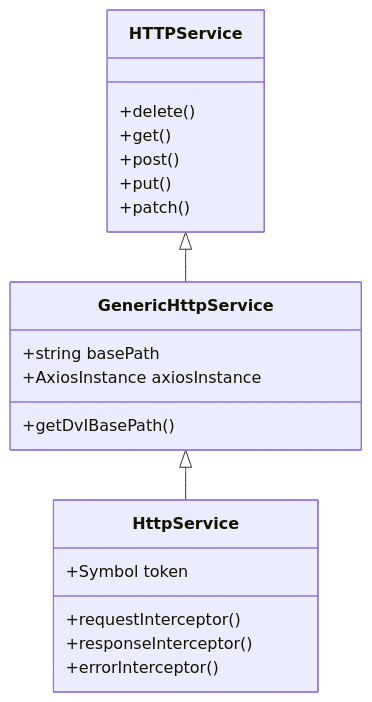
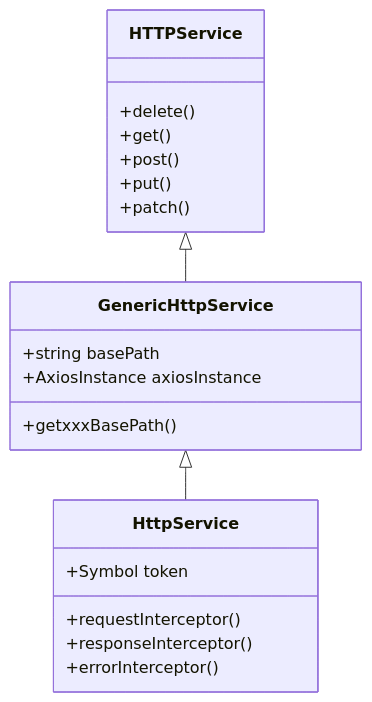
Before and after one commit to honggzb/Study-General: the diagram in React/Third-party-lib/tsyringe+axios/readme.md, drawn with Mermaid.

Commit message:
Rename method in GenericHttpService
Renamed method getDvIBasePath to getxxxBasePath in GenericHttpService.

````diff
--- a/React/Third-party-lib/tsyringe+axios/readme.md
+++ b/React/Third-party-lib/tsyringe+axios/readme.md
@@ -21,22 +21,22 @@
 ```mermaid
 classDiagram
     HTTPService: +delete()
     HTTPService: +get()
     HTTPService: +post()
     HTTPService: +put()
     HTTPService: +patch()
     HTTPService <|-- GenericHttpService
     GenericHttpService <|--HttpService
     class GenericHttpService{
       +string basePath
       +AxiosInstance axiosInstance
-      +getDvIBasePath()
+      +getxxxBasePath()
         
     }
     class HttpService{
         +Symbol token
         +requestInterceptor()
         +responseInterceptor()
         +errorInterceptor()
     }
 ```
````
